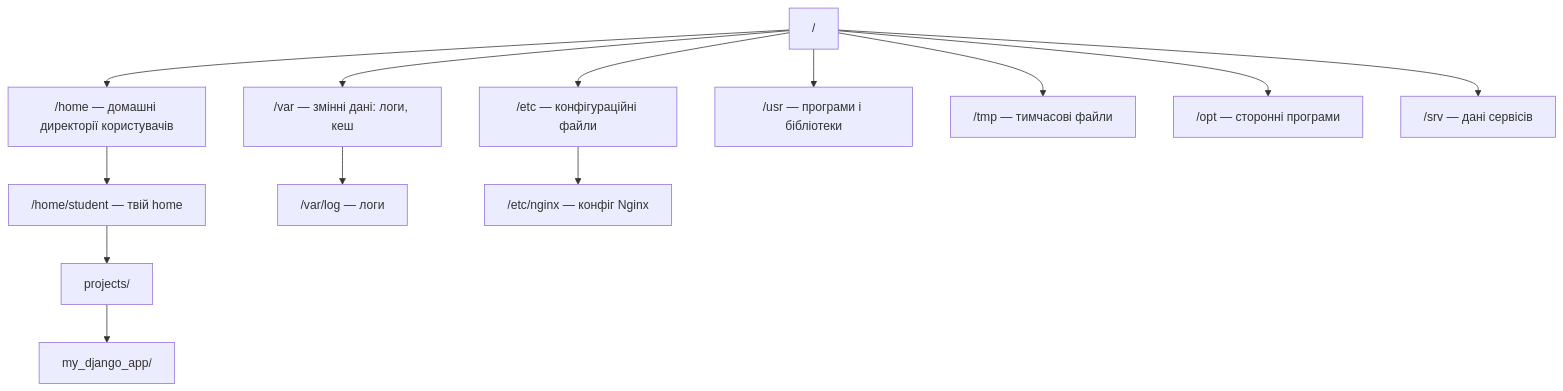
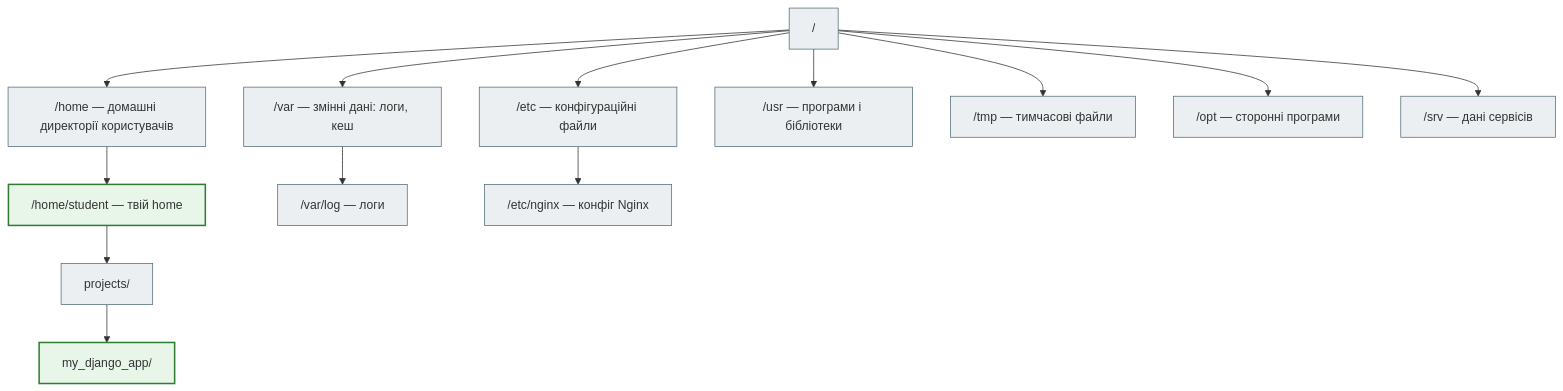
Before and after one commit to NikoriakViktot/notes_chat_app: the diagram in docs/10_linux_and_devops/linux_03_filesystem_navigation_full.md, drawn with Mermaid. The commit also changed 441 other files, not shown here.

First line of the commit message:
Add English version of the book, Mermaid standard, docs fixes

````diff
--- a/docs/10_linux_and_devops/linux_03_filesystem_navigation_full.md
+++ b/docs/10_linux_and_devops/linux_03_filesystem_navigation_full.md
@@ -21,15 +21,20 @@
 ```mermaid
 flowchart TD
     Root["/"] --> Home["/home — домашні директорії користувачів"]
     Root --> Etc["/etc — конфігураційні файли"]
     Root --> Var["/var — змінні дані: логи, кеш"]
     Root --> Usr["/usr — програми і бібліотеки"]
     Root --> Tmp["/tmp — тимчасові файли"]
     Root --> Opt["/opt — сторонні програми"]
     Root --> Srv["/srv — дані сервісів"]
     Home --> Student["/home/student — твій home"]
     Student --> Projects["projects/"]
     Projects --> Django["my_django_app/"]
     Var --> Log["/var/log — логи"]
     Etc --> Nginx["/etc/nginx — конфіг Nginx"]
+
+    classDef step     fill:#eceff1,stroke:#546e7a,stroke-width:1px;
+    classDef success  fill:#e8f5e9,stroke:#2e7d32,stroke-width:2px;
+    class Root,Home,Etc,Var,Usr,Tmp,Opt,Srv,Projects,Log,Nginx step;
+    class Student,Django success;
 ```
````
